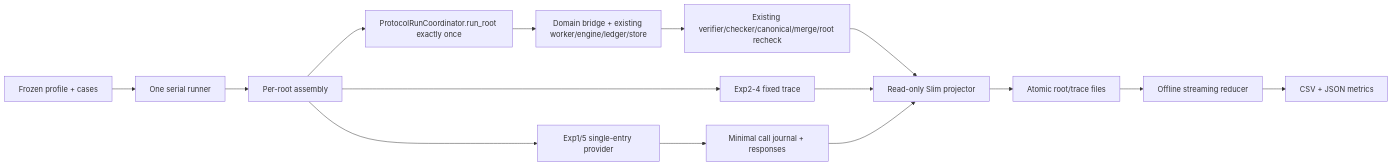
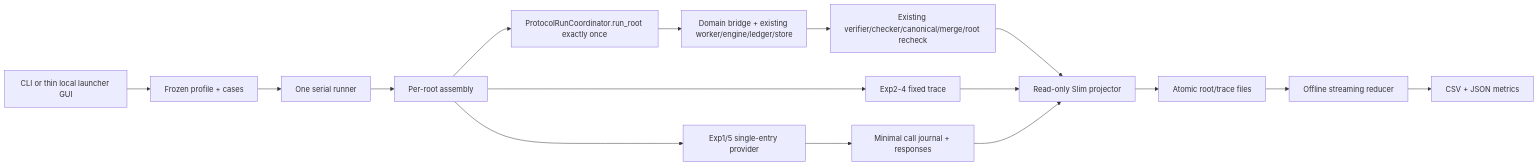
The diagram in Doc/SlimV2/slim_v2_design_spec.md (BriasedTu/TokenShare), drawn with Mermaid before and after one commit. The commit also changed other lines of this file and 2 other files, not shown here.

Commit message:
docs(slim-v2): add thin launcher GUI to task 6

````diff
--- a/Doc/SlimV2/slim_v2_design_spec.md
+++ b/Doc/SlimV2/slim_v2_design_spec.md
@@ -106,17 +111,18 @@
 ```mermaid
 flowchart LR
-    P["Frozen profile + cases"] --> R["One serial runner"]
+    H["CLI or thin local launcher GUI"] --> P["Frozen profile + cases"]
+    P --> R["One serial runner"]
     R --> A["Per-root assembly"]
     A --> C["ProtocolRunCoordinator.run_root exactly once"]
     C --> E["Domain bridge + existing worker/engine/ledger/store"]
     E --> V["Existing verifier/checker/canonical/merge/root recheck"]
     A --> O["Exp1/5 single-entry provider"]
     A --> F["Exp2-4 fixed trace"]
     V --> J["Read-only Slim projector"]
     O --> T["Minimal call journal + responses"]
     F --> J
     T --> J
     J --> S["Atomic root/trace files"]
     S --> M["Offline streaming reducer"]
     M --> Q["CSV + JSON metrics"]
 ```
````
